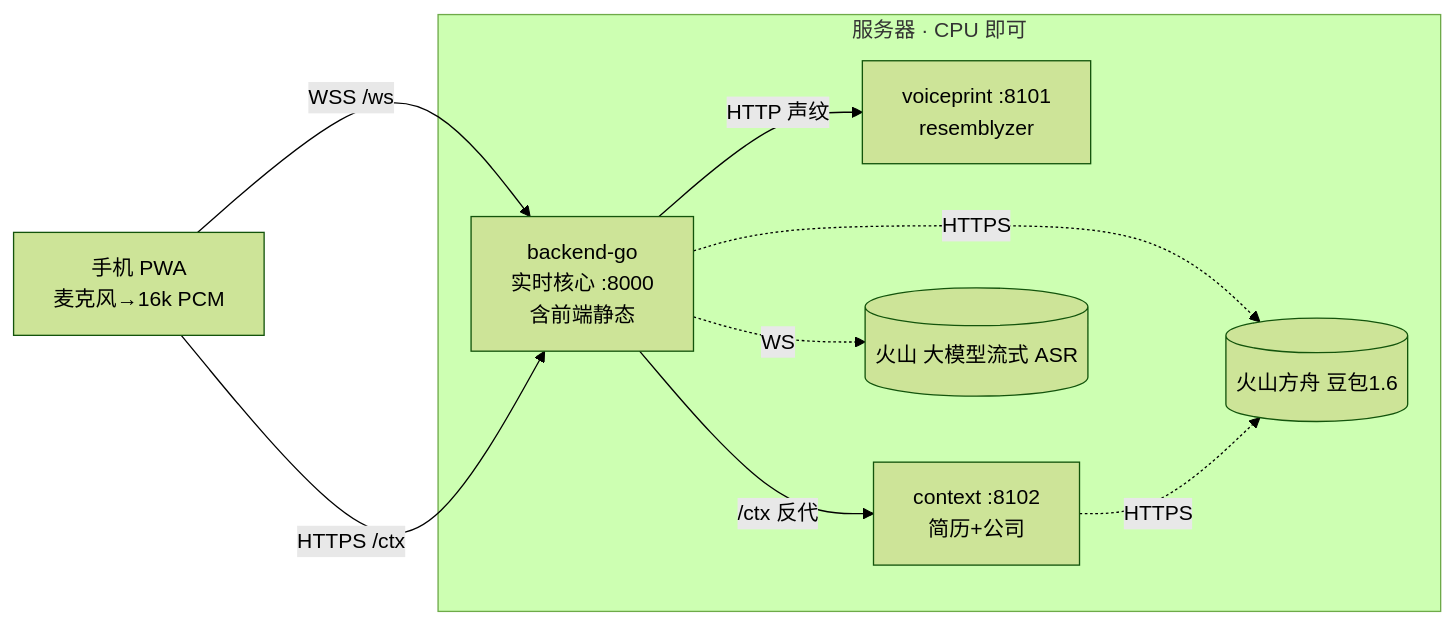
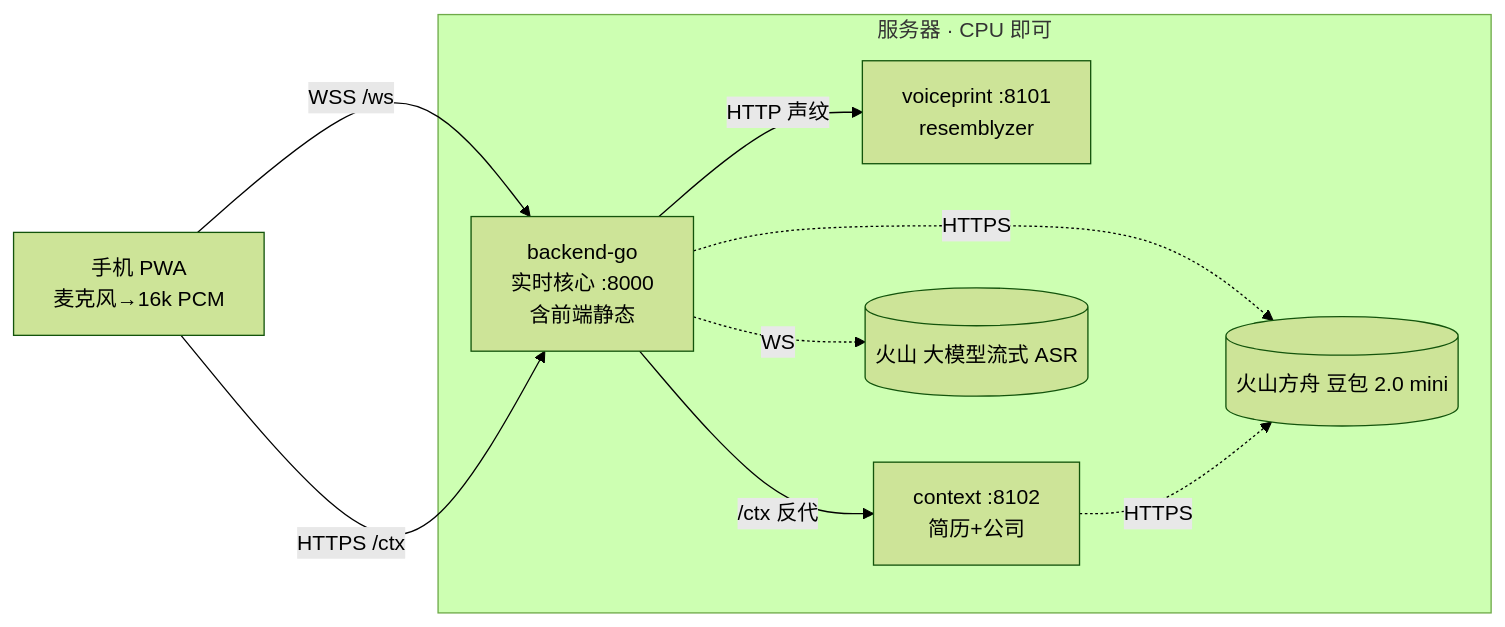
Before and after one commit to Skadli/interview: the diagram in README.md, drawn with Mermaid (forest theme). The commit also changed other lines of this file and 1 other file, not shown here.

````diff
--- a/README.md
+++ b/README.md
@@ -9,12 +34,12 @@
 ```mermaid
 flowchart LR
   Phone[手机 PWA<br/>麦克风→16k PCM] -->|WSS /ws| BE
   Phone -->|HTTPS /ctx| BE
   subgraph Server[服务器 · CPU 即可]
     BE[backend-go<br/>实时核心 :8000<br/>含前端静态] -->|HTTP 声纹| VP[voiceprint :8101<br/>resemblyzer]
     BE -->|/ctx 反代| CTX[context :8102<br/>简历+公司]
     BE -.WS.-> VOLC[(火山 大模型流式 ASR)]
-    BE -.HTTPS.-> ARK[(火山方舟 豆包1.6)]
+    BE -.HTTPS.-> ARK[(火山方舟 豆包 2.0 mini)]
     CTX -.HTTPS.-> ARK
   end
 ```
````
